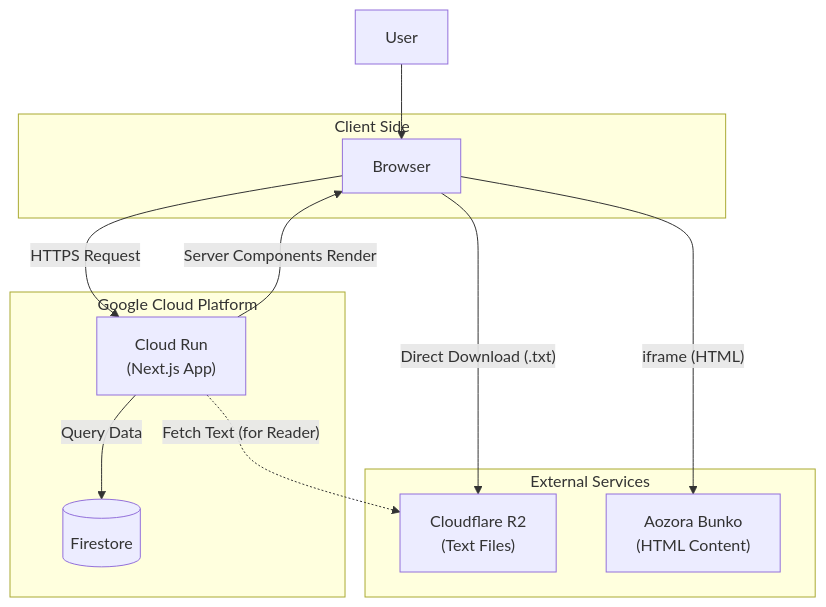
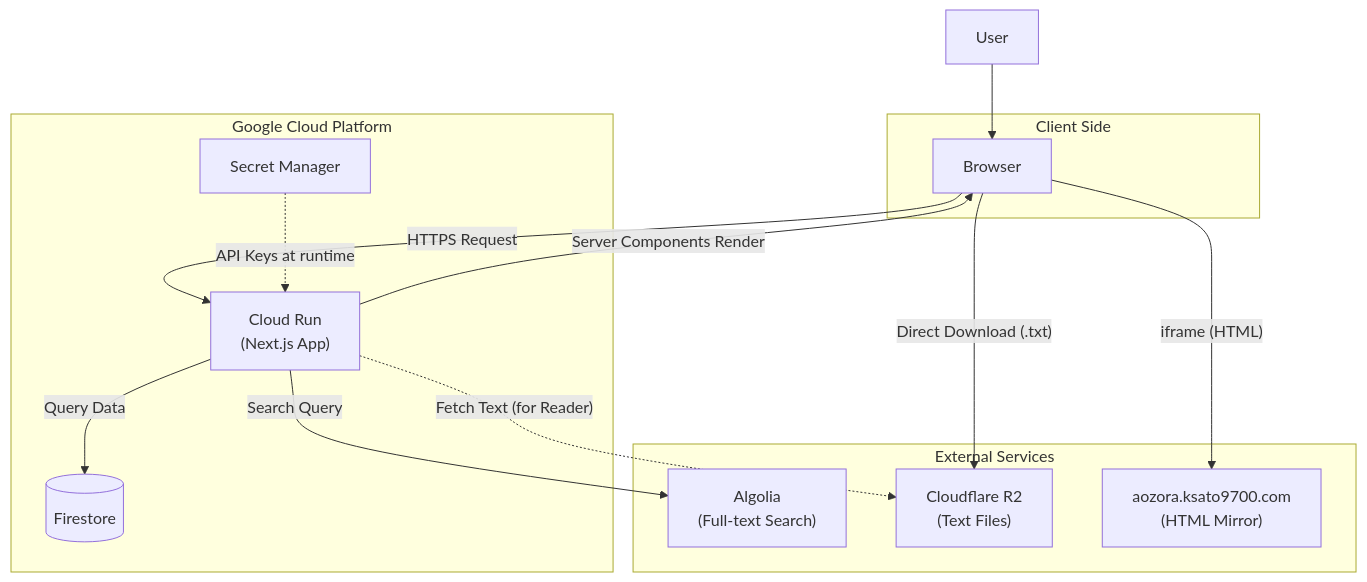
Before and after one commit to ksato9700/aozora-pages: the first of 2 diagrams in docs/ARCHITECTURE.md, drawn with Mermaid. The commit also changed other lines of this file and 3 other files, not shown here.

First line of the commit message:
Update documentation to reflect Algolia search and recent changes

````diff
--- a/docs/ARCHITECTURE.md
+++ b/docs/ARCHITECTURE.md
@@ -51,32 +50,38 @@
 ```mermaid
 graph TD
     User[User]
 
     subgraph Client[Client Side]
         Browser[Browser]
     end
 
     subgraph GCP[Google Cloud Platform]
         CloudRun["Cloud Run<br/>(Next.js App)"]
         Firestore[(Firestore)]
+        SecretManager["Secret Manager"]
     end
 
     subgraph External[External Services]
+        Algolia["Algolia<br/>(Full-text Search)"]
         R2["Cloudflare R2<br/>(Text Files)"]
-        Aozora["Aozora Bunko<br/>(HTML Content)"]
+        AozoraHTML["aozora.ksato9700.com<br/>(HTML Mirror)"]
     end
 
     User --> Browser
 
     %% Web Application Flow
     Browser -- "HTTPS Request" --> CloudRun
     CloudRun -- "Server Components Render" --> Browser
 
     %% Data Access
     CloudRun -- "Query Data" --> Firestore
+    CloudRun -- "Search Query" --> Algolia
+
+    %% Secrets
+    SecretManager -. "API Keys at runtime" .-> CloudRun
 
     %% Content Delivery
     CloudRun -. "Fetch Text (for Reader)" .-> R2
     Browser -- "Direct Download (.txt)" --> R2
-    Browser -- "iframe (HTML)" --> Aozora
+    Browser -- "iframe (HTML)" --> AozoraHTML
 ```
````
